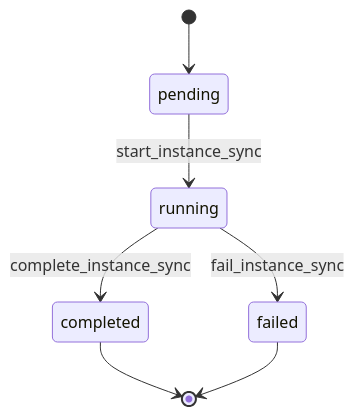
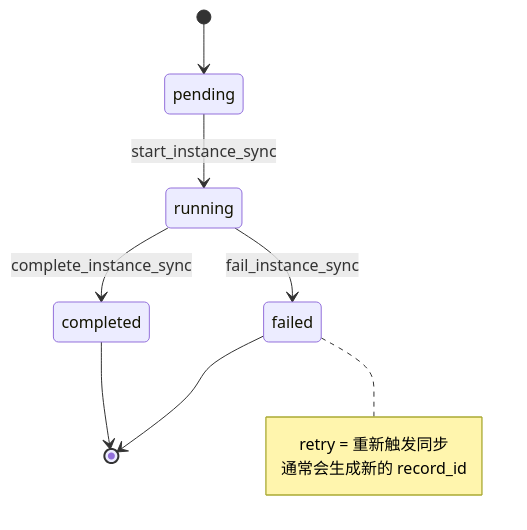
The ninth of 11 diagrams in docs/architecture/accounts-permissions-domain.md (nyealovey/WhaleFall), drawn with Mermaid before and after one commit. The commit also changed other lines of this file, not shown here.

````diff
--- a/docs/architecture/accounts-permissions-domain.md
+++ b/docs/architecture/accounts-permissions-domain.md
@@ -387,9 +472,14 @@
 ```mermaid
 stateDiagram-v2
   [*] --> pending
   pending --> running: start_instance_sync
   running --> completed: complete_instance_sync
   running --> failed: fail_instance_sync
   completed --> [*]
   failed --> [*]
+
+  note right of failed
+    retry = 重新触发同步
+    通常会生成新的 record_id
+  end note
 ```
````
